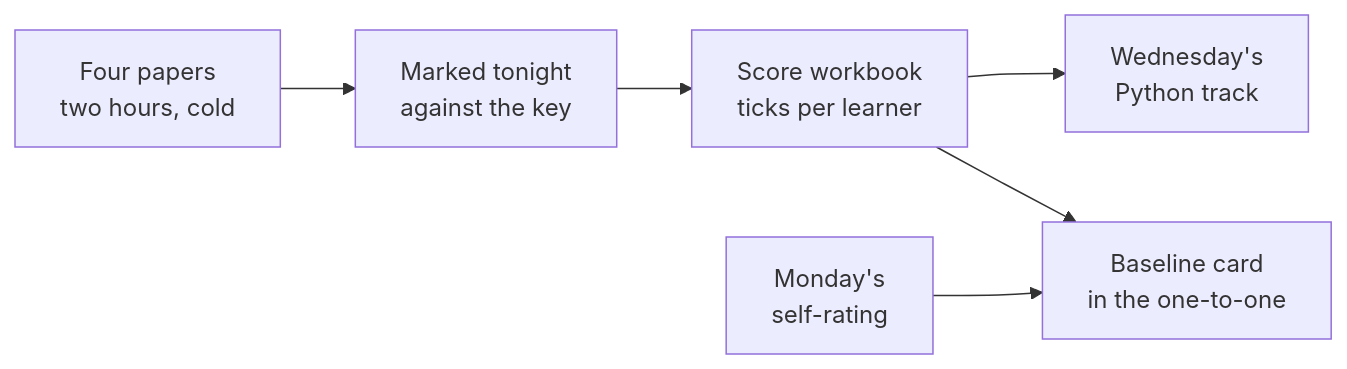
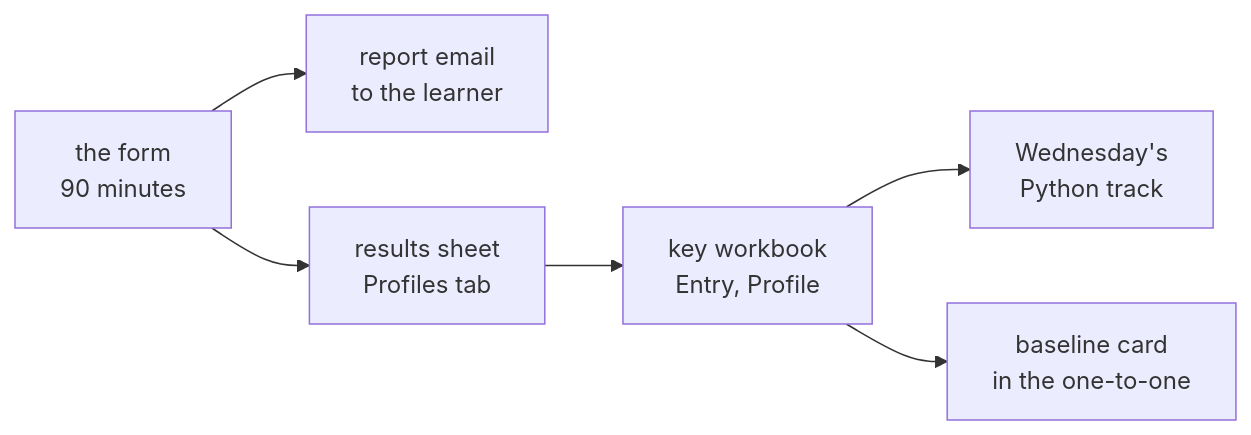
Before and after one commit to fde-academy-lab/c2-content-factory: the diagram in content/W00/D2/trainer/C2_W00_D02_day_sheet_TRAINER.md, drawn with Mermaid. The commit also changed other lines of this file and 17 other files, not shown here.

First line of the commit message:
Replace the Tuesday papers with the programme's diagnostic form

````diff
--- a/content/W00/D2/trainer/C2_W00_D02_day_sheet_TRAINER.md
+++ b/content/W00/D2/trainer/C2_W00_D02_day_sheet_TRAINER.md
@@ -17,8 +20,8 @@
 ```mermaid
 flowchart LR
-    P["Four papers<br/>two hours, cold"] --> K["Marked tonight<br/>against the key"]
-    K --> W["Score workbook<br/>ticks per learner"]
+    F["the form<br/>90 minutes"] --> E["report email<br/>to the learner"]
+    F --> S["results sheet<br/>Profiles tab"]
+    S --> W["key workbook<br/>Entry, Profile"]
     W --> T["Wednesday's<br/>Python track"]
-    W --> C["Baseline card<br/>in the one-to-one"]
-    M["Monday's<br/>self-rating"] --> C
+    W --> C["baseline card<br/>in the one-to-one"]
 ```
````
